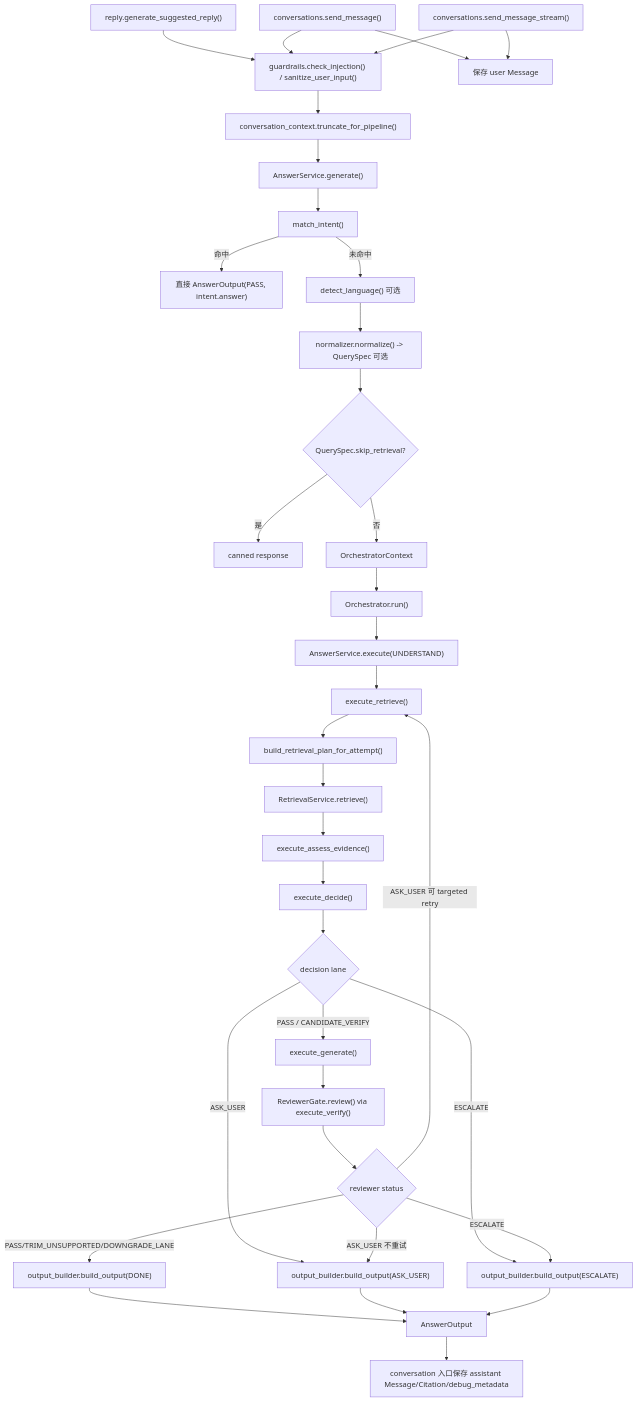
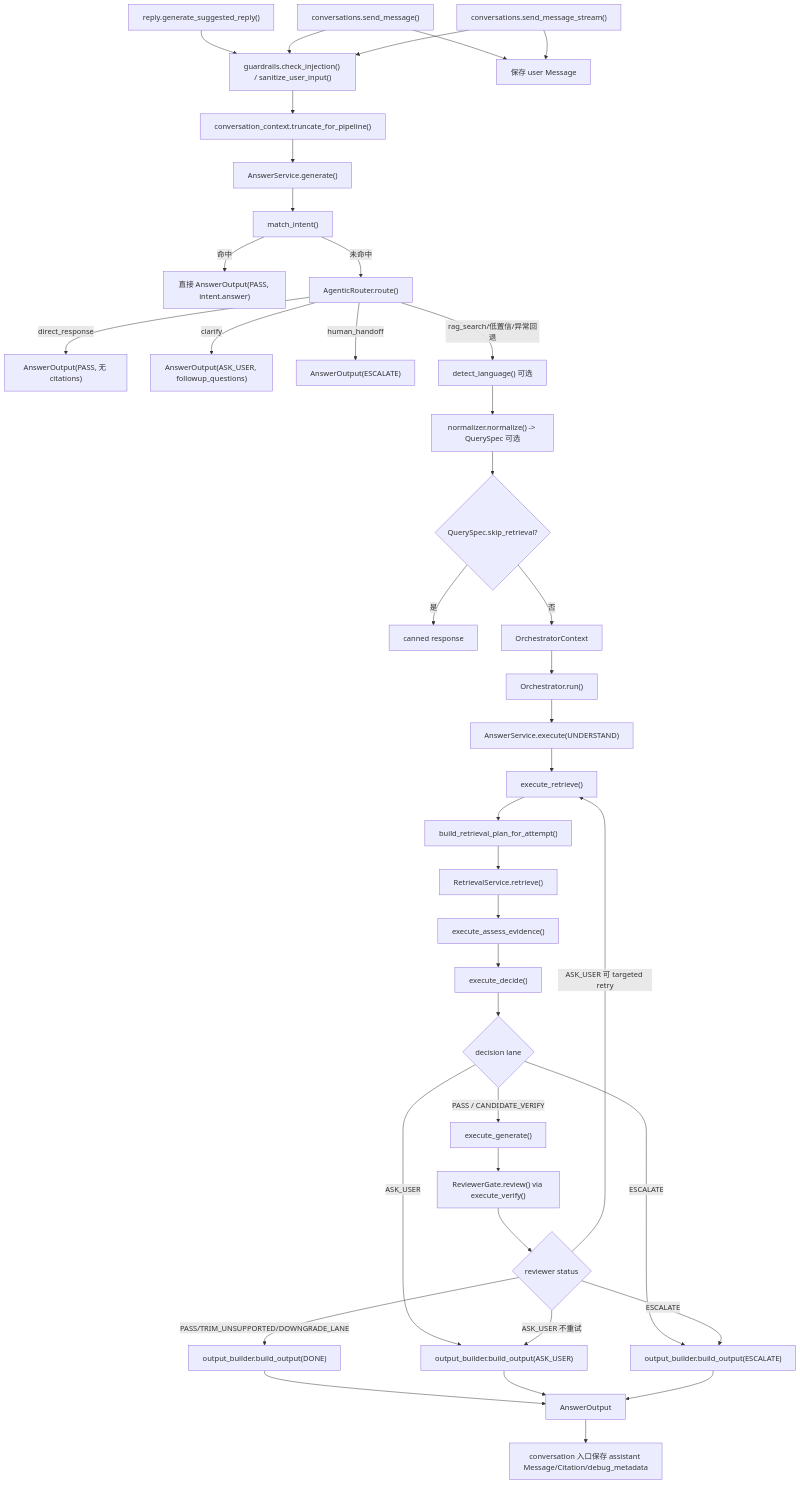
Before and after one commit to rwjxrj/RAG_Agent: the fourth of 6 diagrams in .agent-harness/02_RAG_FLOW.md, drawn with Mermaid. The commit also changed other lines of this file and 5 other files, not shown here.

Commit message:
feat: route answers before rag

````diff
--- a/.agent-harness/02_RAG_FLOW.md
+++ b/.agent-harness/02_RAG_FLOW.md
@@ -143,38 +148,42 @@
 ```mermaid
 flowchart TD
   A["reply.generate_suggested_reply()"] --> B["guardrails.check_injection() / sanitize_user_input()"]
   C["conversations.send_message()"] --> B
   D["conversations.send_message_stream()"] --> B
   C --> E["保存 user Message"]
   D --> E
   B --> F["conversation_context.truncate_for_pipeline()"]
   F --> G["AnswerService.generate()"]
   G --> H["match_intent()"]
   H -->|命中| I["直接 AnswerOutput(PASS, intent.answer)"]
-  H -->|未命中| J["detect_language() 可选"]
+  H -->|未命中| AR["AgenticRouter.route()"]
+  AR -->|direct_response| AR1["AnswerOutput(PASS, 无 citations)"]
+  AR -->|clarify| AR2["AnswerOutput(ASK_USER, followup_questions)"]
+  AR -->|human_handoff| AR3["AnswerOutput(ESCALATE)"]
+  AR -->|rag_search/低置信/异常回退| J["detect_language() 可选"]
   J --> K["normalizer.normalize() -> QuerySpec 可选"]
   K --> L{"QuerySpec.skip_retrieval?"}
   L -->|是| M["canned response"]
   L -->|否| N["OrchestratorContext"]
   N --> O["Orchestrator.run()"]
   O --> P["AnswerService.execute(UNDERSTAND)"]
   P --> Q["execute_retrieve()"]
   Q --> R["build_retrieval_plan_for_attempt()"]
   R --> S["RetrievalService.retrieve()"]
   S --> T["execute_assess_evidence()"]
   T --> U["execute_decide()"]
   U --> V{"decision lane"}
   V -->|PASS / CANDIDATE_VERIFY| W["execute_generate()"]
   V -->|ASK_USER| X["output_builder.build_output(ASK_USER)"]
   V -->|ESCALATE| Y["output_builder.build_output(ESCALATE)"]
   W --> Z["ReviewerGate.review() via execute_verify()"]
   Z --> AA{"reviewer status"}
   AA -->|PASS/TRIM_UNSUPPORTED/DOWNGRADE_LANE| AB["output_builder.build_output(DONE)"]
   AA -->|ESCALATE| Y
   AA -->|ASK_USER 可 targeted retry| Q
   AA -->|ASK_USER 不重试| X
   AB --> AC["AnswerOutput"]
   X --> AC
   Y --> AC
   AC --> AD["conversation 入口保存 assistant Message/Citation/debug_metadata"]
 ```
````
